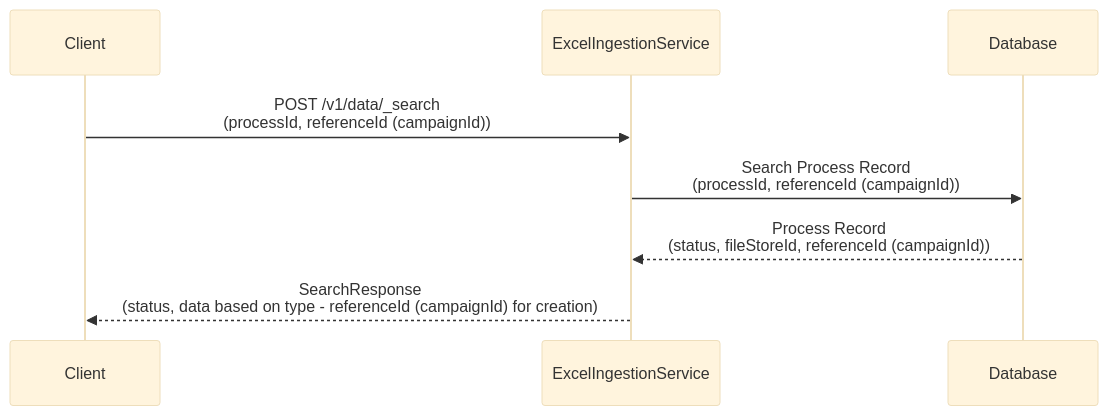
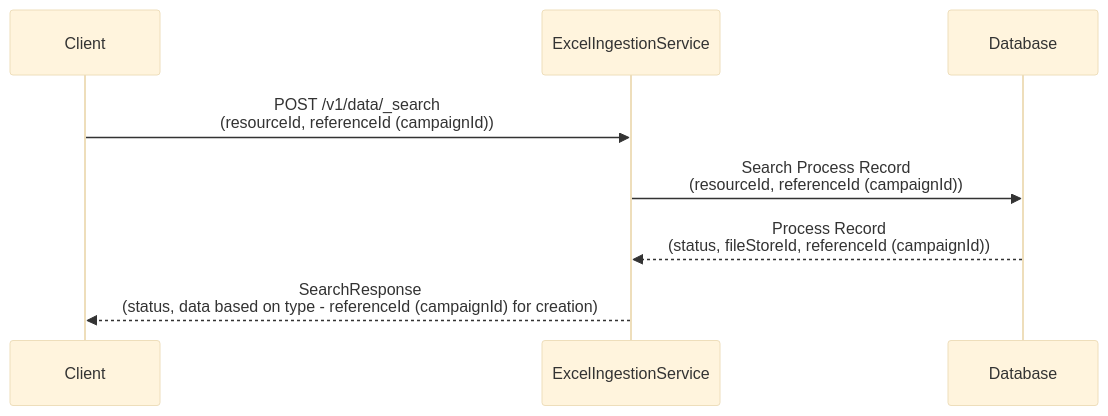
Before and after one commit to ashish-egov/campaign-whole-sheet-ingestion: the fifth of 5 diagrams in tempDesign.md, drawn with Mermaid (base theme). The commit also changed other lines of this file, not shown here.

````diff
--- a/tempDesign.md
+++ b/tempDesign.md
@@ -169,13 +169,13 @@
 ```mermaid
 sequenceDiagram
     participant Client
     participant ExcelIngestionService
     participant Database
     
-    Client->>ExcelIngestionService: POST /v1/data/_search<br/>(processId, referenceId (campaignId))
+    Client->>ExcelIngestionService: POST /v1/data/_search<br/>(resourceId, referenceId (campaignId))
     
-    ExcelIngestionService->>Database: Search Process Record<br/>(processId, referenceId (campaignId))
+    ExcelIngestionService->>Database: Search Process Record<br/>(resourceId, referenceId (campaignId))
     Database-->>ExcelIngestionService: Process Record<br/>(status, fileStoreId, referenceId (campaignId))
     
     ExcelIngestionService-->>Client: SearchResponse<br/>(status, data based on type - referenceId (campaignId) for creation)
 ```
````
